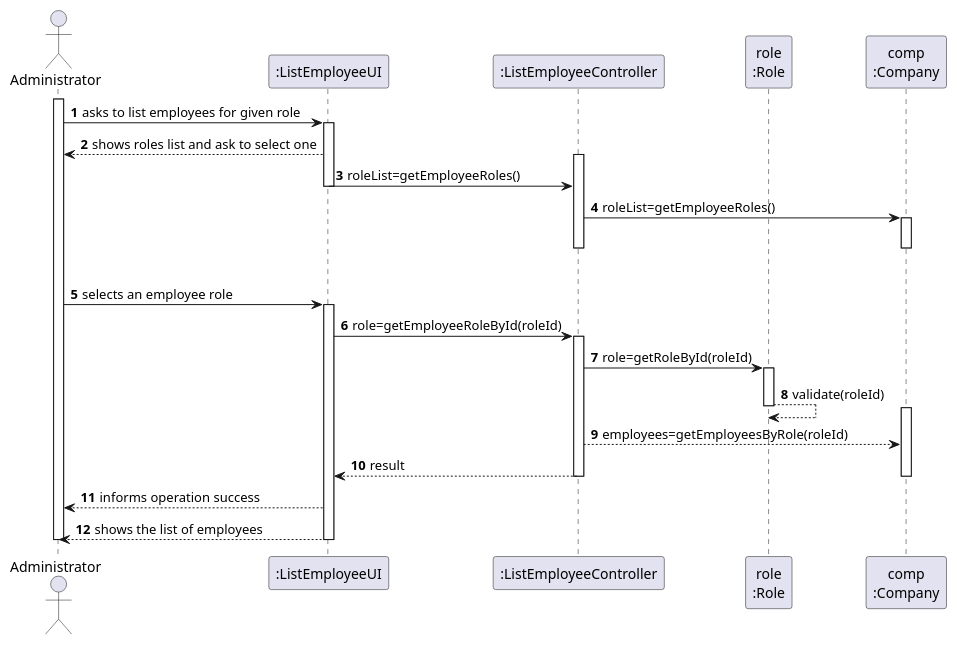
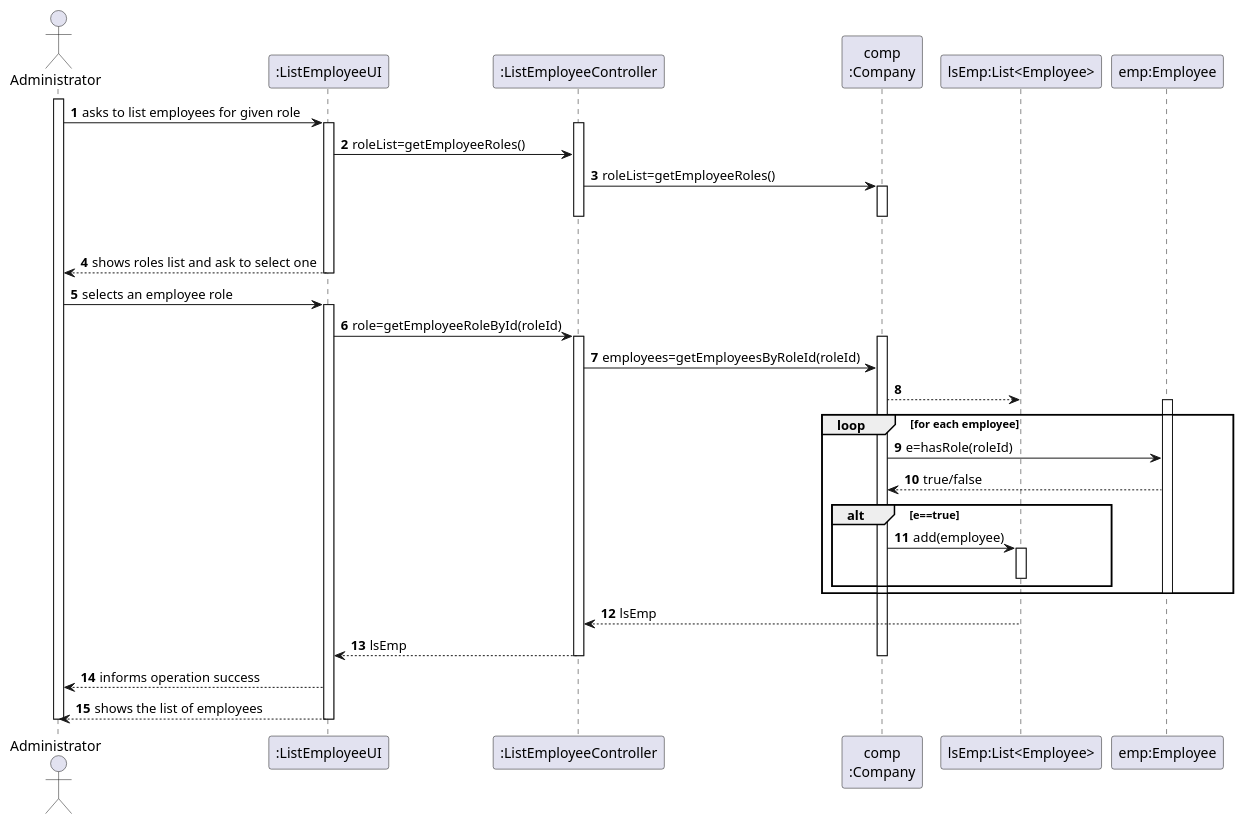
Before and after one commit to miseEnPlace-i/lapr2: the diagram in docs/SprintB/US11/SD/US11_SD.puml, drawn with PlantUML. The commit also changed 4 other files, not shown here.

```diff
--- a/docs/SprintB/US11/SD/US11_SD.puml
+++ b/docs/SprintB/US11/SD/US11_SD.puml
@@ -1,52 +1,62 @@
 @startuml
 autonumber
 'hide footbox
 actor "Administrator" as ADM
 
 participant ":ListEmployeeUI" as UI
 participant ":ListEmployeeController" as CTRL
-participant "role\n:Role" as ROLE
 participant "comp\n:Company" as COMP
+participant "lsEmp:List<Employee>" as LST
+participant "emp:Employee" as EMP
 
 activate ADM
 ADM -> UI : asks to list employees for given role
 activate UI
-UI --> ADM : shows roles list and ask to select one
 activate CTRL
 UI -> CTRL : roleList=getEmployeeRoles()
-deactivate UI
 
 CTRL -> COMP : roleList=getEmployeeRoles()
 activate COMP
 |||
 deactivate COMP
 deactivate CTRL
 
+UI --> ADM : shows roles list and ask to select one
+deactivate UI
+
 ADM -> UI : selects an employee role
 activate UI
 
 UI -> CTRL : role=getEmployeeRoleById(roleId)
 activate CTRL
 
-CTRL -> ROLE: role=getRoleById(roleId)
-activate ROLE
+activate COMP
+CTRL -> COMP: employees=getEmployeesByRoleId(roleId)
+COMP --> LST
 
-ROLE --> ROLE: validate(roleId)
-activate COMP
-deactivate ROLE
-CTRL --> COMP: employees=getEmployeesByRole(roleId)
+loop for each employee
+  activate EMP
+    COMP -> EMP: e=hasRole(roleId)
+    EMP --> COMP: true/false
+    alt e==true
+        COMP -> LST: add(employee)
+      activate LST
+      deactivate LST
+    end
+  deactivate EMP
+end
 
-CTRL --> UI: result
+LST --> CTRL: lsEmp
+CTRL --> UI: lsEmp
 
 deactivate COMP
 deactivate CTRL
 UI --> ADM : informs operation success
 UI --> ADM: shows the list of employees
 deactivate UI
 
-
 deactivate UI
 deactivate CTRL
 deactivate ADM
 
 @enduml
```
